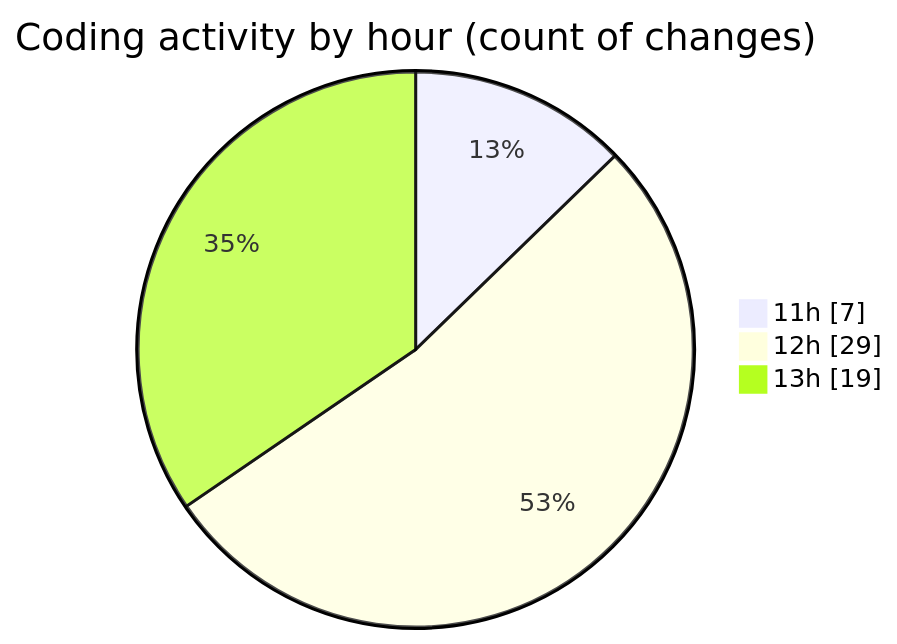
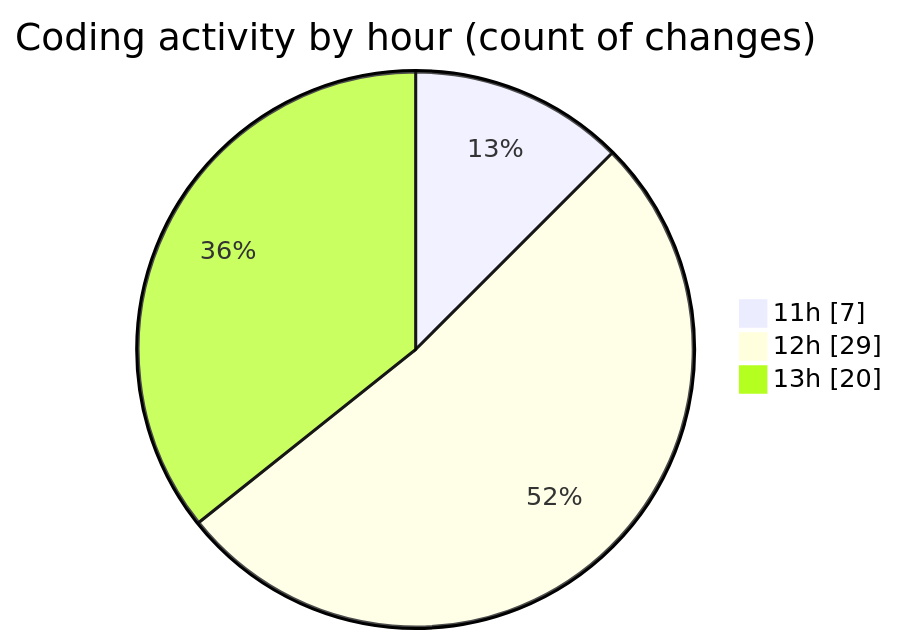
The second of 2 diagrams in 2025-01-08/nueva_carpeta/README.md (LanceThiago/code-tracking), drawn with Mermaid before and after one commit. The commit also changed other lines of this file and 1 other file, not shown here.

````diff
--- a/2025-01-08/nueva_carpeta/README.md
+++ b/2025-01-08/nueva_carpeta/README.md
@@ -28,7 +28,7 @@
 ```mermaid
 pie showData
 title Coding activity by hour (count of changes)
 "11h" : 7
 "12h" : 29
-"13h" : 19
+"13h" : 20
 ```
````
